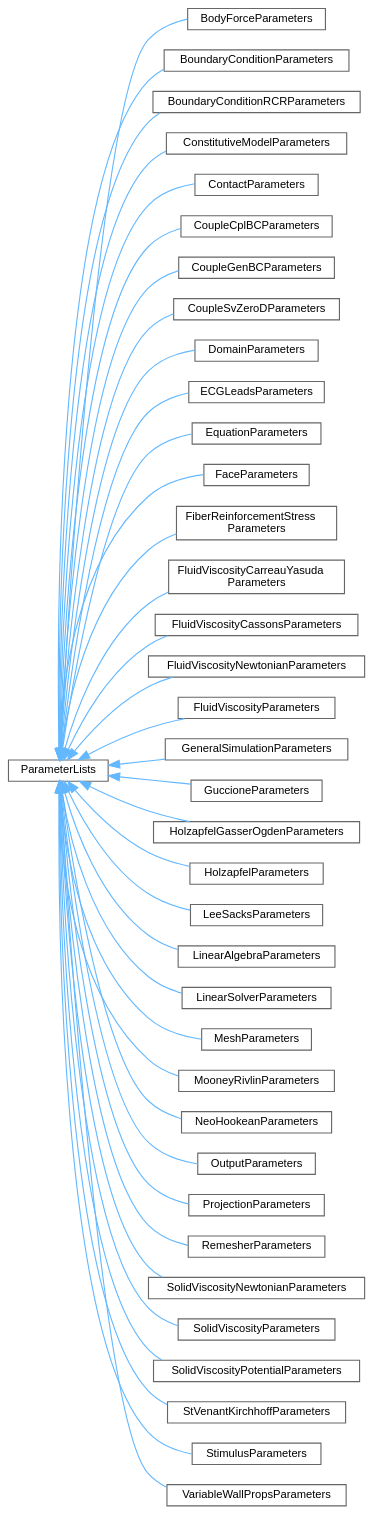
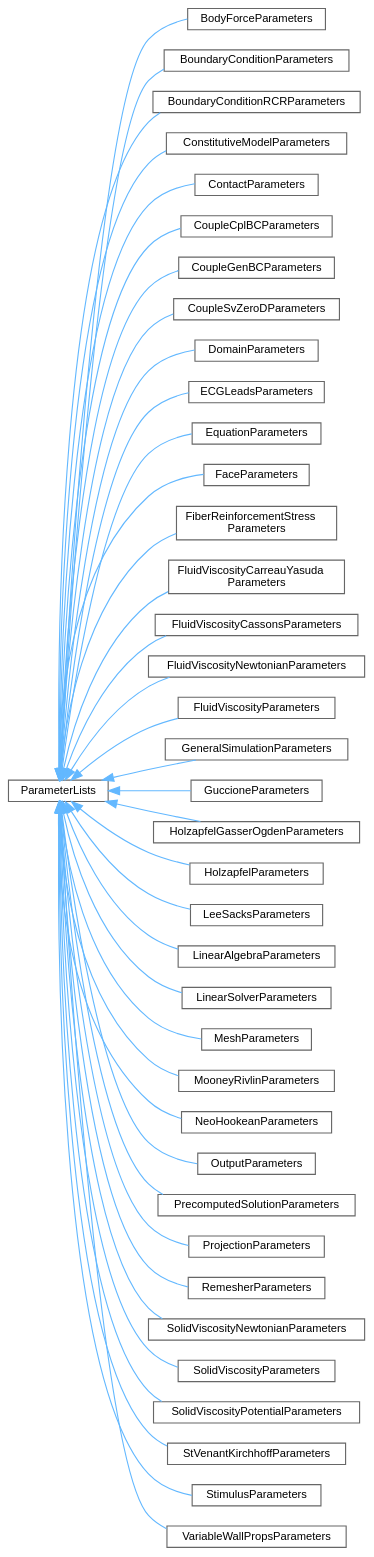
Before and after one commit to msbazzi/svMultiPhysics: the diagram in inherit_graph_52.dot, drawn with Graphviz. The commit also changed 36 other files, not shown here.

```diff
--- a/inherit_graph_52.dot
+++ b/inherit_graph_52.dot
@@ -63,19 +63,21 @@
   Node0 -> Node28 [id="edge32_Node000000_Node000028",dir="back",color="steelblue1",style="solid",tooltip=" "];
   Node28 [id="Node000028",label="OutputParameters",height=0.2,width=0.4,color="grey40", fillcolor="white", style="filled",URL="$class_output_parameters.html",tooltip="The OutputParameters class stores parameters for the Output XML element under Add_equation."];
   Node0 -> Node29 [id="edge33_Node000000_Node000029",dir="back",color="steelblue1",style="solid",tooltip=" "];
-  Node29 [id="Node000029",label="ProjectionParameters",height=0.2,width=0.4,color="grey40", fillcolor="white", style="filled",URL="$class_projection_parameters.html",tooltip="The ProjectionParameters class stores parameters for the 'Add_projection' XML element used for fluid-..."];
+  Node29 [id="Node000029",label="PrecomputedSolutionParameters",height=0.2,width=0.4,color="grey40", fillcolor="white", style="filled",URL="$class_precomputed_solution_parameters.html",tooltip="The PrecomputedSolutionParameters class stores parameters for the 'Precomputed_solution' XML element ..."];
   Node0 -> Node30 [id="edge34_Node000000_Node000030",dir="back",color="steelblue1",style="solid",tooltip=" "];
-  Node30 [id="Node000030",label="RemesherParameters",height=0.2,width=0.4,color="grey40", fillcolor="white", style="filled",URL="$class_remesher_parameters.html",tooltip="The RemesherParameters class stores parameters for the 'Remesher' XML element used for remeshing."];
+  Node30 [id="Node000030",label="ProjectionParameters",height=0.2,width=0.4,color="grey40", fillcolor="white", style="filled",URL="$class_projection_parameters.html",tooltip="The ProjectionParameters class stores parameters for the 'Add_projection' XML element used for fluid-..."];
   Node0 -> Node31 [id="edge35_Node000000_Node000031",dir="back",color="steelblue1",style="solid",tooltip=" "];
-  Node31 [id="Node000031",label="SolidViscosityNewtonianParameters",height=0.2,width=0.4,color="grey40", fillcolor="white", style="filled",URL="$class_solid_viscosity_newtonian_parameters.html",tooltip=" "];
+  Node31 [id="Node000031",label="RemesherParameters",height=0.2,width=0.4,color="grey40", fillcolor="white", style="filled",URL="$class_remesher_parameters.html",tooltip="The RemesherParameters class stores parameters for the 'Remesher' XML element used for remeshing."];
   Node0 -> Node32 [id="edge36_Node000000_Node000032",dir="back",color="steelblue1",style="solid",tooltip=" "];
-  Node32 [id="Node000032",label="SolidViscosityParameters",height=0.2,width=0.4,color="grey40", fillcolor="white", style="filled",URL="$class_solid_viscosity_parameters.html",tooltip=" "];
+  Node32 [id="Node000032",label="SolidViscosityNewtonianParameters",height=0.2,width=0.4,color="grey40", fillcolor="white", style="filled",URL="$class_solid_viscosity_newtonian_parameters.html",tooltip=" "];
   Node0 -> Node33 [id="edge37_Node000000_Node000033",dir="back",color="steelblue1",style="solid",tooltip=" "];
-  Node33 [id="Node000033",label="SolidViscosityPotentialParameters",height=0.2,width=0.4,color="grey40", fillcolor="white", style="filled",URL="$class_solid_viscosity_potential_parameters.html",tooltip=" "];
+  Node33 [id="Node000033",label="SolidViscosityParameters",height=0.2,width=0.4,color="grey40", fillcolor="white", style="filled",URL="$class_solid_viscosity_parameters.html",tooltip=" "];
   Node0 -> Node34 [id="edge38_Node000000_Node000034",dir="back",color="steelblue1",style="solid",tooltip=" "];
-  Node34 [id="Node000034",label="StVenantKirchhoffParameters",height=0.2,width=0.4,color="grey40", fillcolor="white", style="filled",URL="$class_st_venant_kirchhoff_parameters.html",tooltip=" "];
+  Node34 [id="Node000034",label="SolidViscosityPotentialParameters",height=0.2,width=0.4,color="grey40", fillcolor="white", style="filled",URL="$class_solid_viscosity_potential_parameters.html",tooltip=" "];
   Node0 -> Node35 [id="edge39_Node000000_Node000035",dir="back",color="steelblue1",style="solid",tooltip=" "];
-  Node35 [id="Node000035",label="StimulusParameters",height=0.2,width=0.4,color="grey40", fillcolor="white", style="filled",URL="$class_stimulus_parameters.html",tooltip="The StimulusParameters class stores parameters for 'Stimulus' XML element used to parameters for pace..."];
+  Node35 [id="Node000035",label="StVenantKirchhoffParameters",height=0.2,width=0.4,color="grey40", fillcolor="white", style="filled",URL="$class_st_venant_kirchhoff_parameters.html",tooltip=" "];
   Node0 -> Node36 [id="edge40_Node000000_Node000036",dir="back",color="steelblue1",style="solid",tooltip=" "];
-  Node36 [id="Node000036",label="VariableWallPropsParameters",height=0.2,width=0.4,color="grey40", fillcolor="white", style="filled",URL="$class_variable_wall_props_parameters.html",tooltip="The VariableWallPropsParameters class stores parameters for variable wall properties for the CMM equa..."];
+  Node36 [id="Node000036",label="StimulusParameters",height=0.2,width=0.4,color="grey40", fillcolor="white", style="filled",URL="$class_stimulus_parameters.html",tooltip="The StimulusParameters class stores parameters for 'Stimulus' XML element used to parameters for pace..."];
+  Node0 -> Node37 [id="edge41_Node000000_Node000037",dir="back",color="steelblue1",style="solid",tooltip=" "];
+  Node37 [id="Node000037",label="VariableWallPropsParameters",height=0.2,width=0.4,color="grey40", fillcolor="white", style="filled",URL="$class_variable_wall_props_parameters.html",tooltip="The VariableWallPropsParameters class stores parameters for variable wall properties for the CMM equa..."];
 }
```
